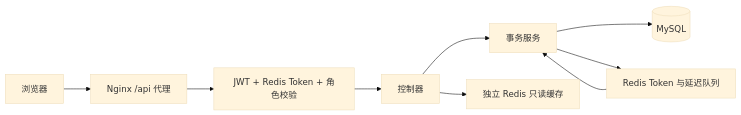
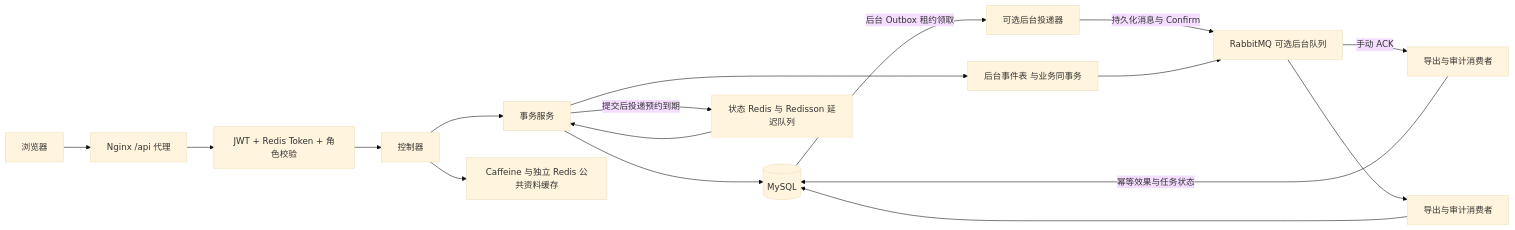
One commit to Sunflower-212/parking changed the diagram in docs/reading-guide.md. Above: the diagram before and after it, drawn with Mermaid (base theme). The commit also changed other lines of this file and 68 other files, not shown here.

````diff
--- a/docs/reading-guide.md
+++ b/docs/reading-guide.md
@@ -28,11 +28,19 @@
 ```mermaid
 flowchart LR
   Browser[浏览器] --> Nginx[Nginx /api 代理]
   Nginx --> Auth[JWT + Redis Token + 角色校验]
   Auth --> Controller[控制器]
   Controller --> Service[事务服务]
   Service --> MySQL[(MySQL)]
-  Controller --> Cache[独立 Redis 只读缓存]
-  Service --> Queue[Redis Token 与延迟队列]
+  Controller --> Cache[Caffeine 与独立 Redis 公共资料缓存]
+  Service -->|提交后投递预约到期| Queue[状态 Redis 与 Redisson 延迟队列]
+  MySQL -->|后台 Outbox 租约领取| Dispatcher[可选后台投递器]
+  Dispatcher -->|持久化消息与 Confirm| Rabbit[RabbitMQ]
+  Rabbit -->|手动 ACK| Consumer[导出与审计消费者]
+  Consumer -->|幂等效果与任务状态| MySQL
   Queue --> Service
+  Service --> Outbox[后台事件表 与业务同事务]
+  Outbox --> Rabbit[RabbitMQ 可选后台队列]
+  Rabbit --> Worker[导出与审计消费者]
+  Worker --> MySQL
 ```
````
